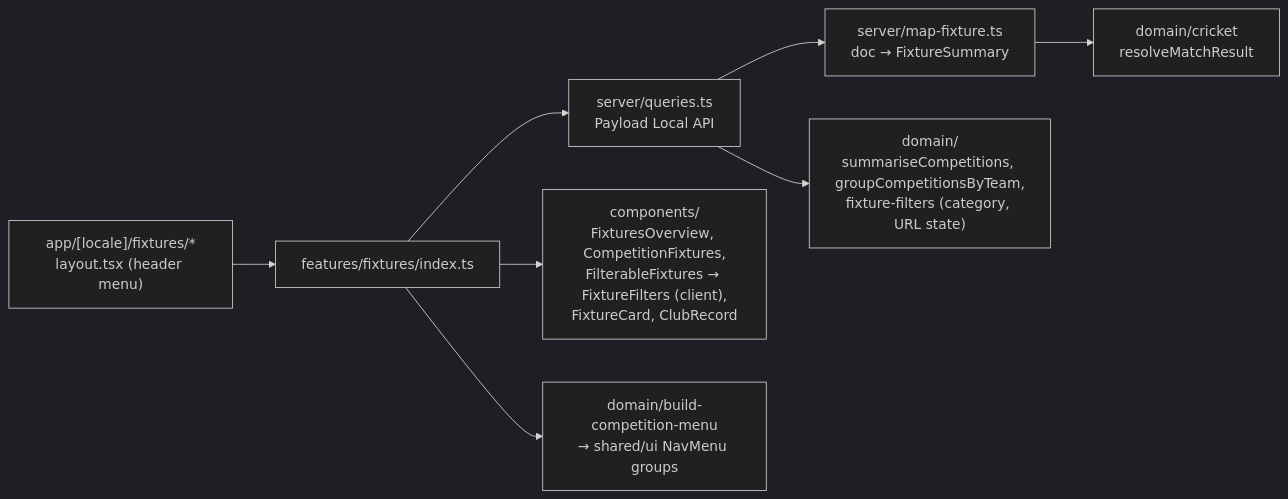
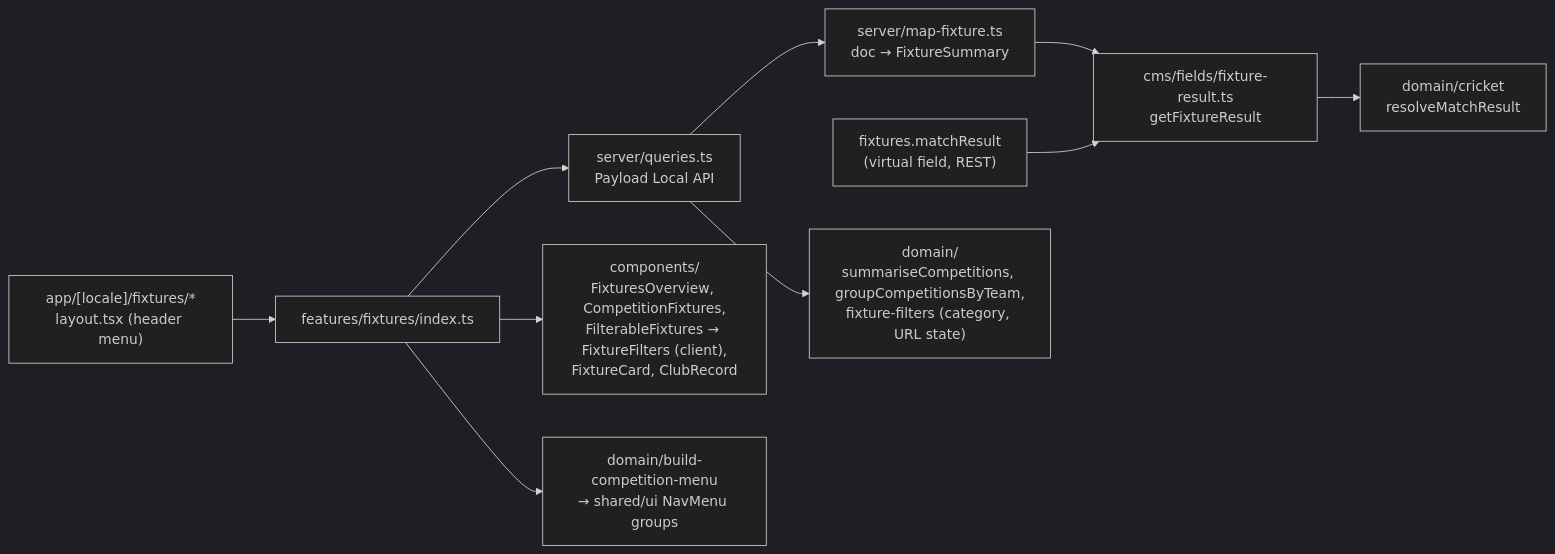
Before and after one commit to Saqibrafiq/erlangen-cricket-club: the third of 4 diagrams in docs/arc42/05-building-block-view.md, drawn with Mermaid (dark theme). The commit also changed other lines of this file and 8 other files, not shown here.

First line of the commit message:
feat(cms): serve each fixture's derived result as a read-only field (#39)

````diff
--- a/docs/arc42/05-building-block-view.md
+++ b/docs/arc42/05-building-block-view.md
@@ -98,10 +98,12 @@
 ```mermaid
 flowchart LR
   pages["app/[locale]/fixtures/*<br/>layout.tsx (header menu)"] --> index["features/fixtures/index.ts"]
   index --> queries["server/queries.ts<br/>Payload Local API"]
   queries --> mapper["server/map-fixture.ts<br/>doc → FixtureSummary"]
-  mapper --> domain["domain/cricket<br/>resolveMatchResult"]
+  mapper --> derive["cms/fields/fixture-result.ts<br/>getFixtureResult"]
+  virtual["fixtures.matchResult<br/>(virtual field, REST)"] --> derive
+  derive --> domain["domain/cricket<br/>resolveMatchResult"]
   queries --> fdomain["domain/<br/>summariseCompetitions, groupCompetitionsByTeam,<br/>fixture-filters (category, URL state)"]
   index --> components["components/<br/>FixturesOverview, CompetitionFixtures,<br/>FilterableFixtures → FixtureFilters (client),<br/>FixtureCard, ClubRecord"]
   index --> menu["domain/build-competition-menu<br/>→ shared/ui NavMenu groups"]
 ```
````
